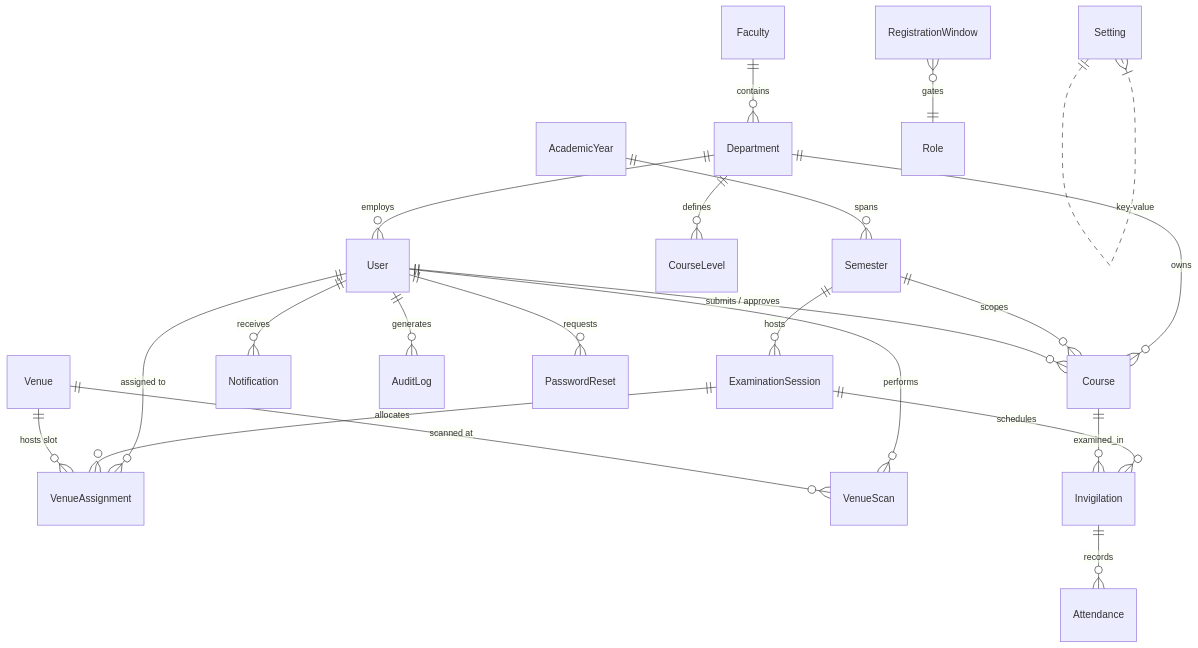
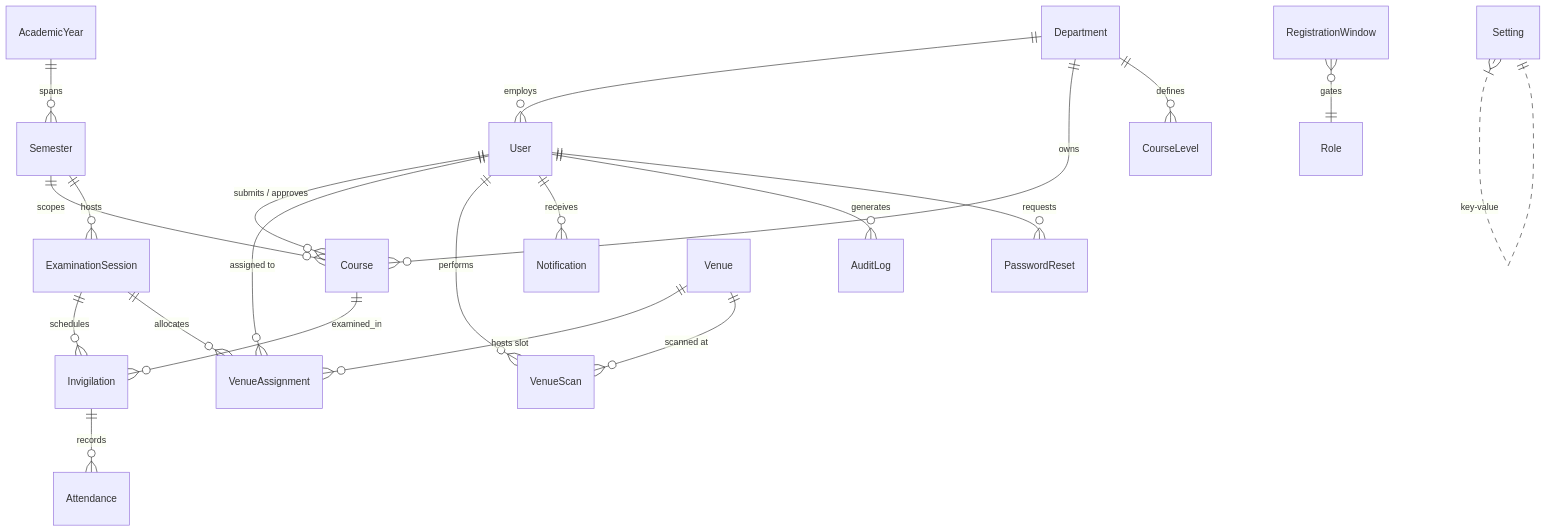
The seventh of 8 diagrams in README.md (ymikenzy55/Time_tabling_and_Invigilator_verification_System), drawn with Mermaid before and after one commit. The commit also changed other lines of this file and 1 other file, not shown here.

Commit message:
feat: add demo super admin, add credentials to README, remove faculty references from README

````diff
--- a/README.md
+++ b/README.md
@@ -337,28 +353,27 @@
 ```mermaid
 erDiagram
-    Faculty ||--o{ Department : contains
     Department ||--o{ User : employs
     Department ||--o{ Course : owns
     Department ||--o{ CourseLevel : defines
 
     AcademicYear ||--o{ Semester : spans
     Semester ||--o{ Course : scopes
     Semester ||--o{ ExaminationSession : hosts
 
     User ||--o{ Course : "submits / approves"
     User ||--o{ VenueAssignment : "assigned to"
     User ||--o{ VenueScan : performs
     User ||--o{ Notification : receives
     User ||--o{ AuditLog : generates
     User ||--o{ PasswordReset : requests
 
     ExaminationSession ||--o{ Invigilation : schedules
     ExaminationSession ||--o{ VenueAssignment : allocates
     Venue ||--o{ VenueAssignment : "hosts slot"
     Venue ||--o{ VenueScan : "scanned at"
     Course ||--o{ Invigilation : examined_in
     Invigilation ||--o{ Attendance : records
 
     RegistrationWindow }o--|| Role : gates
     Setting }|..|| Setting : "key-value"
 ```
````
